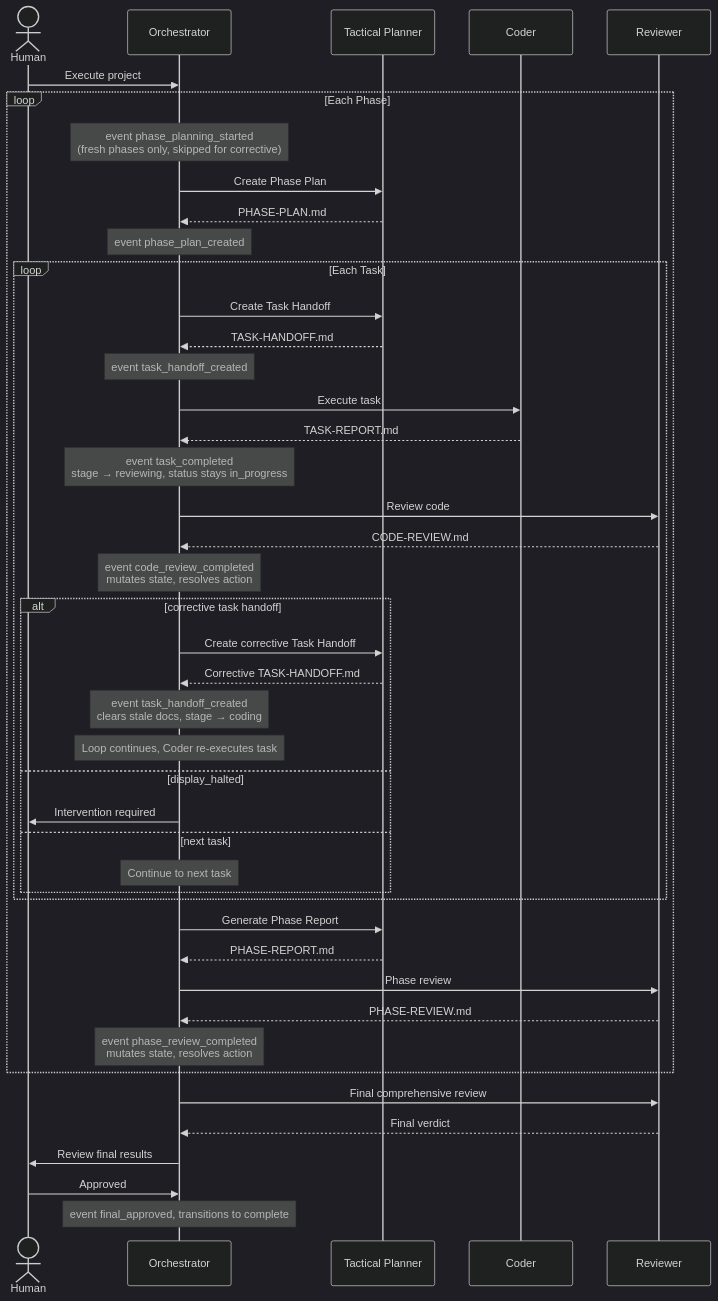
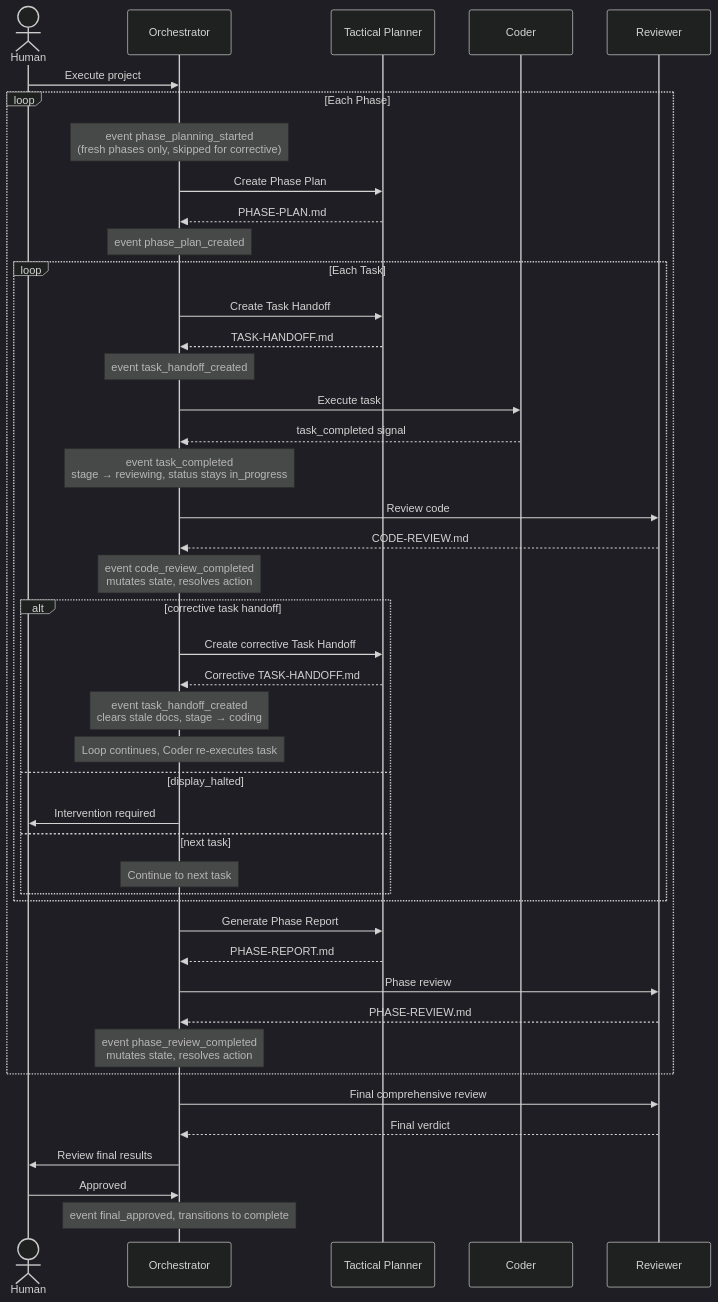
Before and after one commit to MetalHexx/RadOrchestration: the sixth of 7 diagrams in docs/pipeline.md, drawn with Mermaid (dark theme). The commit also changed other lines of this file and 10 other files, not shown here.

````diff
--- a/docs/pipeline.md
+++ b/docs/pipeline.md
@@ -150,54 +148,54 @@
 ```mermaid
 sequenceDiagram
     actor Human
     participant ORC as Orchestrator
     participant TP as Tactical Planner
     participant COD as Coder
     participant REV as Reviewer
 
     Human->>ORC: Execute project
 
     loop Each Phase
         Note over ORC: event phase_planning_started<br/>(fresh phases only, skipped for corrective)
         ORC->>TP: Create Phase Plan
         TP-->>ORC: PHASE-PLAN.md
         Note over ORC: event phase_plan_created
 
         loop Each Task
             ORC->>TP: Create Task Handoff
             TP-->>ORC: TASK-HANDOFF.md
             Note over ORC: event task_handoff_created
 
             ORC->>COD: Execute task
-            COD-->>ORC: TASK-REPORT.md
+            COD-->>ORC: task_completed signal
             Note over ORC: event task_completed<br/>stage → reviewing, status stays in_progress
 
             ORC->>REV: Review code
             REV-->>ORC: CODE-REVIEW.md
             Note over ORC: event code_review_completed<br/>mutates state, resolves action
 
             alt corrective task handoff
                 ORC->>TP: Create corrective Task Handoff
                 TP-->>ORC: Corrective TASK-HANDOFF.md
                 Note over ORC: event task_handoff_created<br/>clears stale docs, stage → coding
                 Note over ORC: Loop continues, Coder re-executes task
             else display_halted
                 ORC->>Human: Intervention required
             else next task
                 Note over ORC: Continue to next task
             end
         end
 
         ORC->>TP: Generate Phase Report
         TP-->>ORC: PHASE-REPORT.md
         ORC->>REV: Phase review
         REV-->>ORC: PHASE-REVIEW.md
         Note over ORC: event phase_review_completed<br/>mutates state, resolves action
     end
 
     ORC->>REV: Final comprehensive review
     REV-->>ORC: Final verdict
     ORC->>Human: Review final results
     Human->>ORC: Approved
     Note over ORC: event final_approved, transitions to complete
 ```
````
